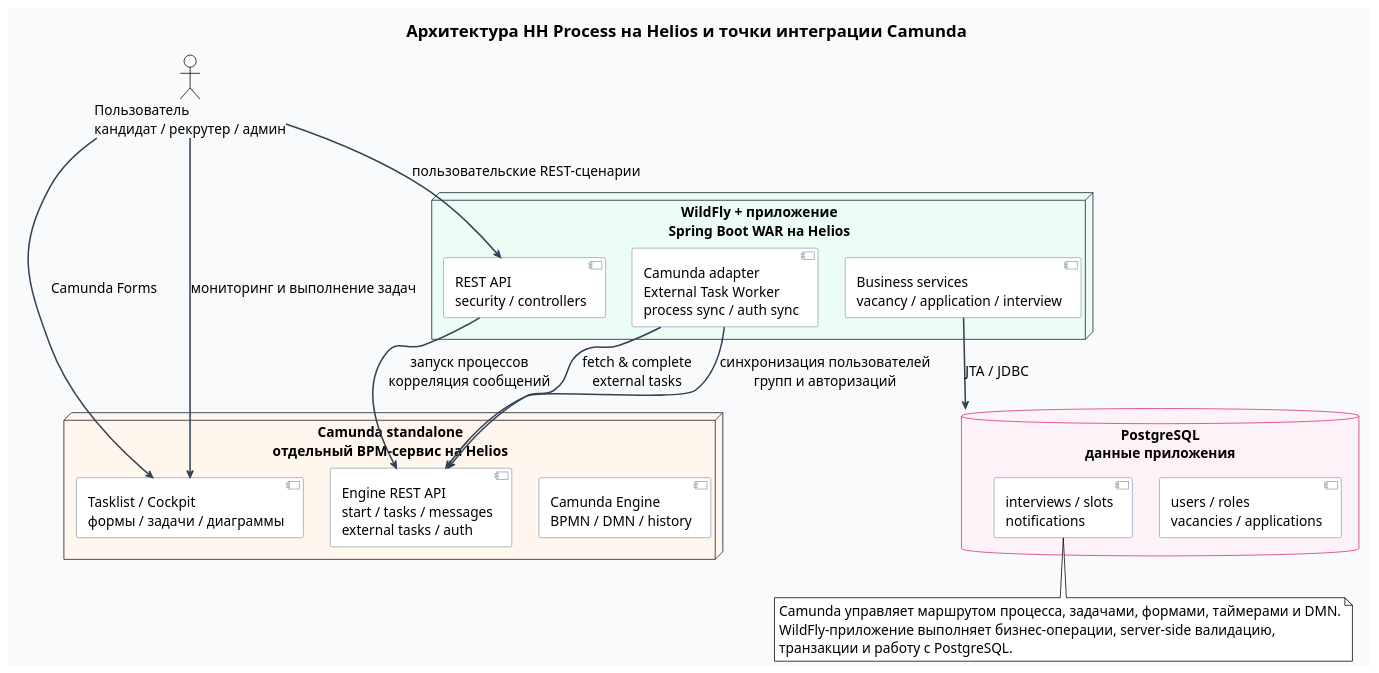
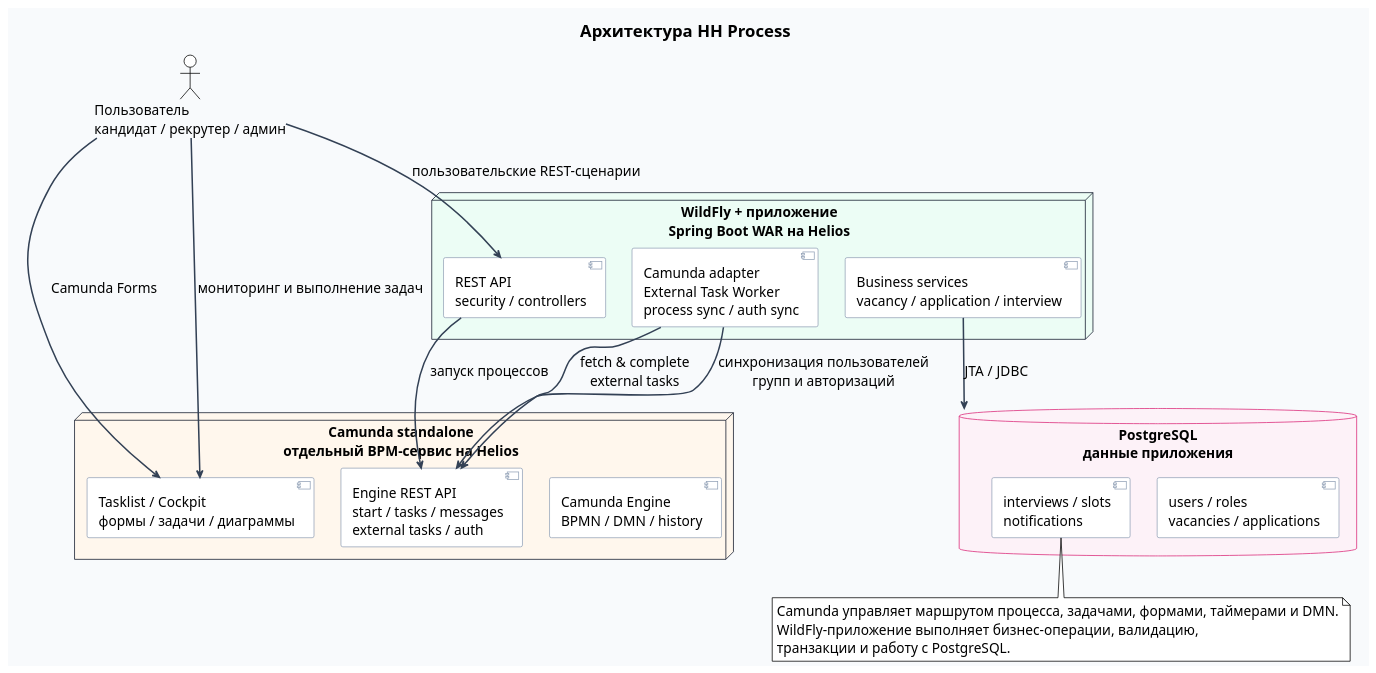
The diagram in report/helios-architecture.puml (msuny-c/hh-process), drawn with PlantUML before and after one commit. The commit also changed 6 other files, not shown here.

```diff
--- a/report/helios-architecture.puml
+++ b/report/helios-architecture.puml
@@ -1,62 +1,62 @@
 @startuml
 !theme plain
 skinparam backgroundColor #F8FAFC
 skinparam shadowing false
 skinparam defaultFontName Arial
 skinparam defaultFontSize 18
 skinparam rectangle {
   RoundCorner 18
 }
 skinparam component {
   BackgroundColor #FFFFFF
   BorderColor #94A3B8
 }
 skinparam database {
   BackgroundColor #FDF2F8
   BorderColor #DB2777
 }
 skinparam node {
   BackgroundColor #FFFFFF
   BorderColor #0F172A
 }
 skinparam ArrowColor #334155
 skinparam ArrowThickness 2
 
-title Архитектура HH Process на Helios и точки интеграции Camunda
+title Архитектура HH Process
 
 actor "Пользователь\nкандидат / рекрутер / админ" as User
 
 node "Camunda standalone\nотдельный BPM-сервис на Helios" as Camunda #FFF7ED {
   component "Camunda Engine\nBPMN / DMN / history" as Engine
   component "Tasklist / Cockpit\nформы / задачи / диаграммы" as Tasklist
   component "Engine REST API\nstart / tasks / messages\nexternal tasks / auth" as EngineRest
 }
 
 node "WildFly + приложение\nSpring Boot WAR на Helios" as App #ECFDF5 {
   component "REST API\nsecurity / controllers" as Api
   component "Camunda adapter\nExternal Task Worker\nprocess sync / auth sync" as Adapter
   component "Business services\nvacancy / application / interview" as Services
 }
 
 database "PostgreSQL\nданные приложения" as Db {
   component "users / roles\nvacancies / applications" as AppData
   component "interviews / slots\nnotifications" as ScheduleData
 }
 
 User --> Tasklist : Camunda Forms
 User --> Api : пользовательские REST-сценарии
 User --> Tasklist : мониторинг и выполнение задач
 
-Api --> EngineRest : запуск процессов\nкорреляция сообщений
+Api --> EngineRest : запуск процессов
 Adapter --> EngineRest : fetch & complete\nexternal tasks
 Adapter --> EngineRest : синхронизация пользователей\nгрупп и авторизаций
 Services --> Db : JTA / JDBC
 Db -[hidden] AppData
 Db -[hidden] ScheduleData
 
 note bottom
 Camunda управляет маршрутом процесса, задачами, формами, таймерами и DMN.
-WildFly-приложение выполняет бизнес-операции, server-side валидацию,
+WildFly-приложение выполняет бизнес-операции, валидацию,
 транзакции и работу с PostgreSQL.
 end note
 @enduml
```
